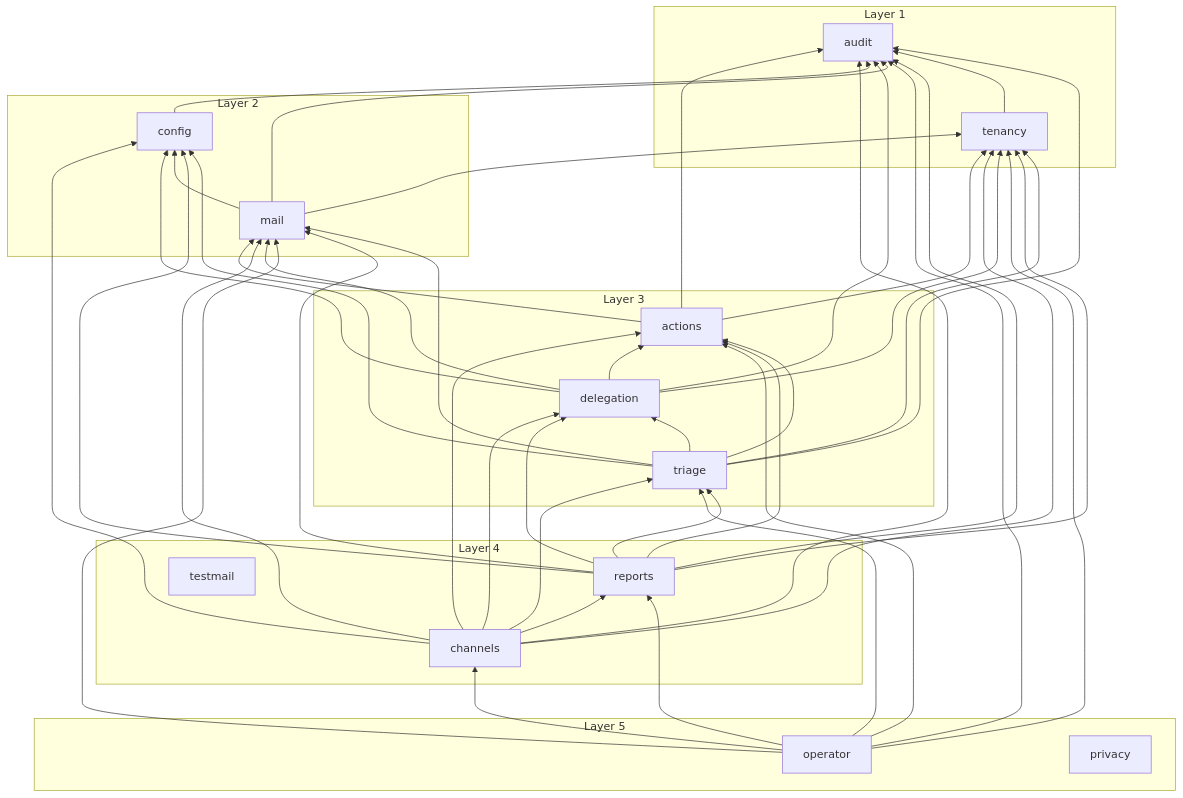
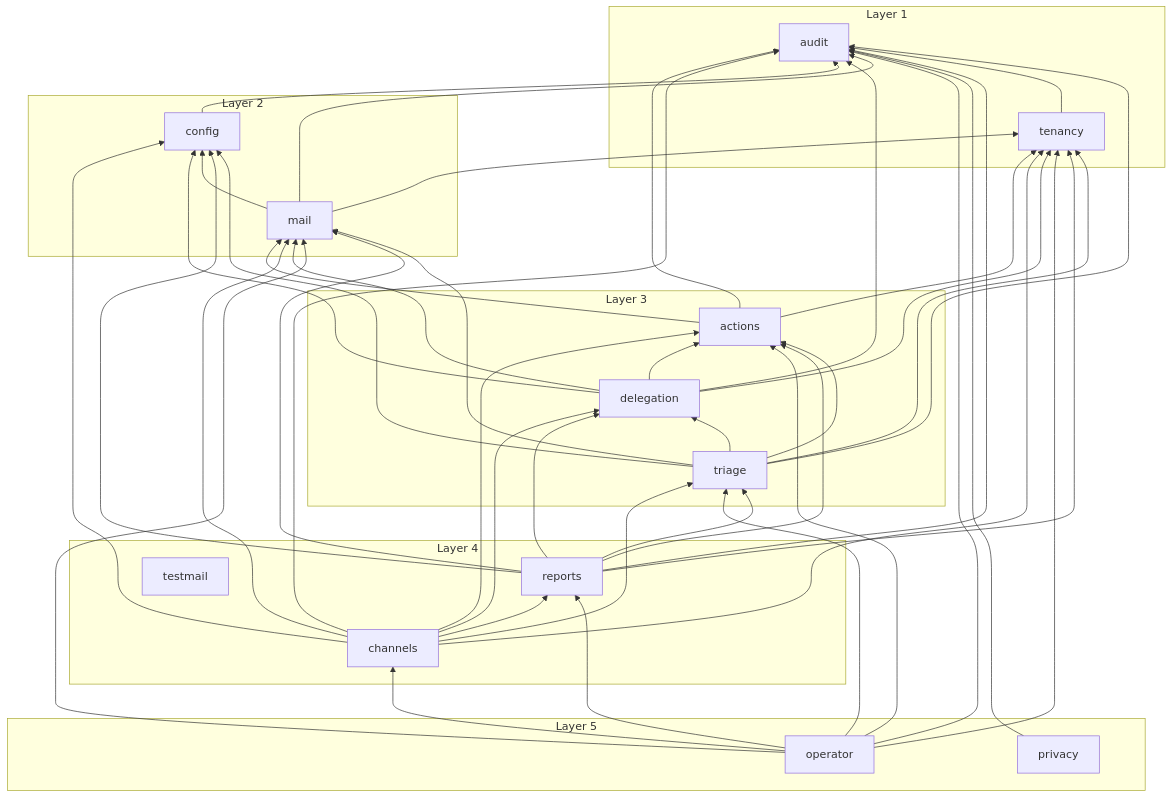
One commit to Artexs/email_assistant changed the diagram in docs/diagrams/module-graph.md. Above: the diagram before and after it, drawn with Mermaid. The commit also changed 1 other file, not shown here.

Commit message:
F106 stage 05: module graph gains the edge privacy to audit

````diff
--- a/docs/diagrams/module-graph.md
+++ b/docs/diagrams/module-graph.md
@@ -7,66 +7,67 @@
 ```mermaid
 flowchart BT
   subgraph group1["Layer 1"]
     audit
     tenancy
   end
   subgraph group2["Layer 2"]
     config
     mail
   end
   subgraph group3["Layer 3"]
     triage
     actions
     delegation
   end
   subgraph group4["Layer 4"]
     reports
     channels
     testmail
   end
   subgraph group5["Layer 5"]
     operator
     privacy
   end
   actions --> audit
   actions --> mail
   actions --> tenancy
   channels --> actions
   channels --> audit
   channels --> config
   channels --> delegation
   channels --> mail
   channels --> reports
   channels --> tenancy
   channels --> triage
   config --> audit
   delegation --> actions
   delegation --> audit
   delegation --> config
   delegation --> mail
   delegation --> tenancy
   mail --> audit
   mail --> config
   mail --> tenancy
   operator --> actions
   operator --> audit
   operator --> channels
   operator --> mail
   operator --> reports
   operator --> tenancy
   operator --> triage
+  privacy --> audit
   reports --> actions
   reports --> audit
   reports --> config
   reports --> delegation
   reports --> mail
   reports --> tenancy
   reports --> triage
   tenancy --> audit
   triage --> actions
   triage --> audit
   triage --> config
   triage --> delegation
   triage --> mail
   triage --> tenancy
 ```
````
